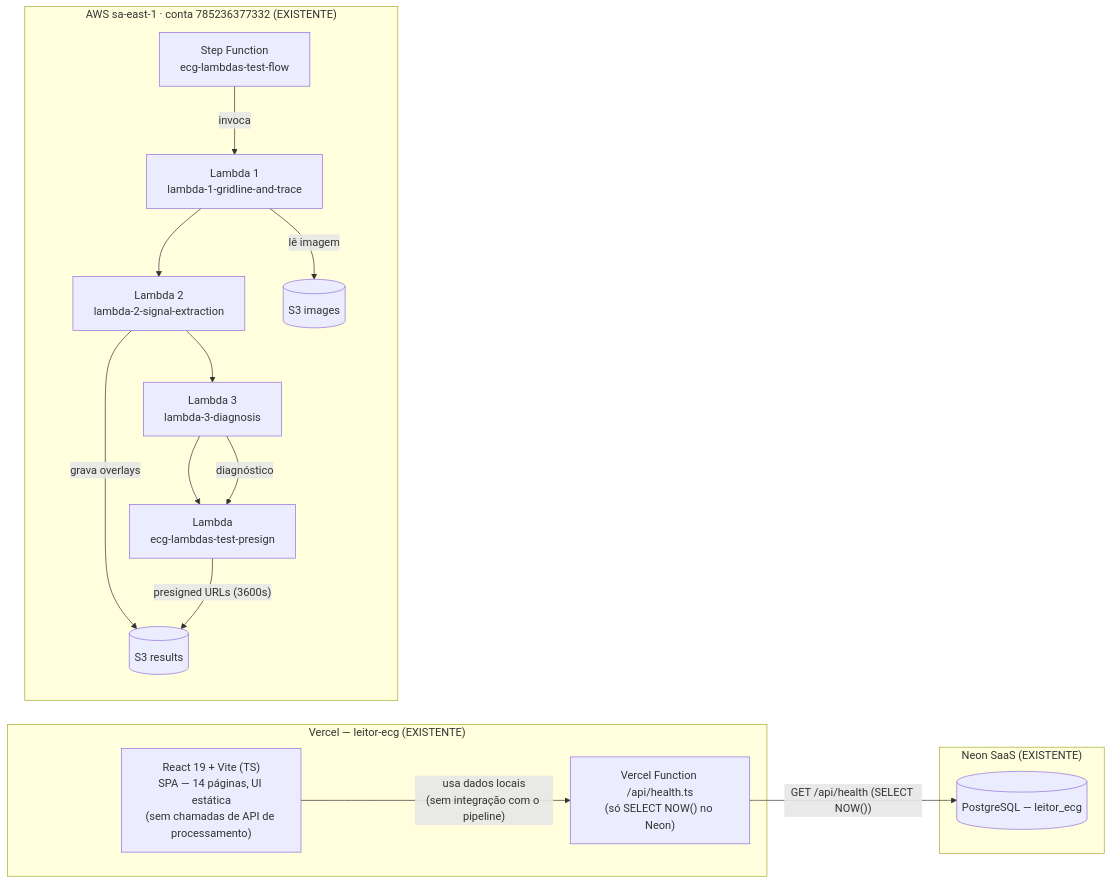
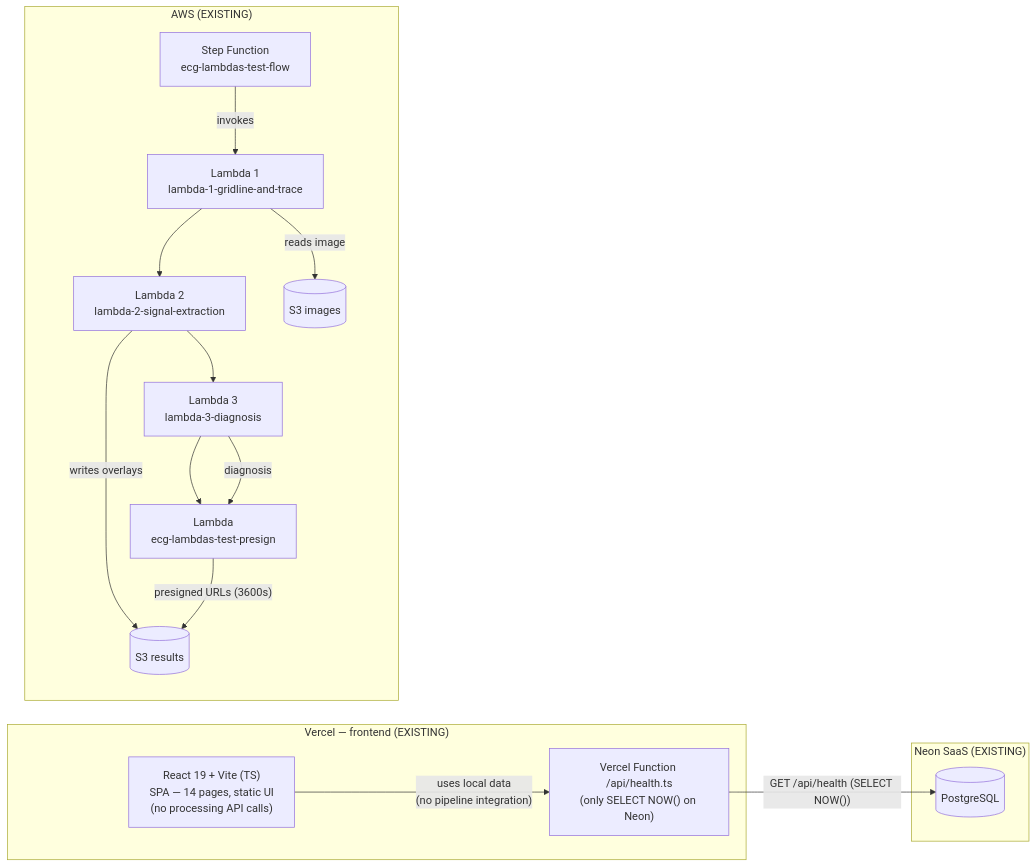
One commit to trustedlake/ecg-reader changed the first of 5 diagrams in apps/web/docs/architecture.md. Above: the diagram before and after it, drawn with Mermaid. The commit also changed other lines of this file and 51 other files, not shown here.

````diff
--- a/apps/web/docs/architecture.md
+++ b/apps/web/docs/architecture.md
@@ -44,33 +43,33 @@
 ```mermaid
 flowchart LR
-    subgraph VERCEL["Vercel — leitor-ecg (EXISTENTE)"]
-        FE["React 19 + Vite (TS)<br/>SPA — 14 páginas, UI estática<br/>(sem chamadas de API de processamento)"]
-        FHEALTH["Vercel Function /api/health.ts<br/>(só SELECT NOW() no Neon)"]
+    subgraph VERCEL["Vercel — frontend (EXISTING)"]
+        FE["React 19 + Vite (TS)<br/>SPA — 14 pages, static UI<br/>(no processing API calls)"]
+        FHEALTH["Vercel Function /api/health.ts<br/>(only SELECT NOW() on Neon)"]
     end
 
-    subgraph NEON["Neon SaaS (EXISTENTE)"]
-        DB[("PostgreSQL — leitor_ecg")]
+    subgraph NEON["Neon SaaS (EXISTING)"]
+        DB[("PostgreSQL")]
     end
 
-    subgraph AWS["AWS sa-east-1 · conta 785236377332 (EXISTENTE)"]
+    subgraph AWS["AWS (EXISTING)"]
         SFN["Step Function<br/>ecg-lambdas-test-flow"]
         L1["Lambda 1<br/>lambda-1-gridline-and-trace"]
         L2["Lambda 2<br/>lambda-2-signal-extraction"]
         L3["Lambda 3<br/>lambda-3-diagnosis"]
         LP["Lambda<br/>ecg-lambdas-test-presign"]
         B1[("S3 images")]
         B2[("S3 results")]
     end
 
-    FE -->|"usa dados locais<br/>(sem integração com o pipeline)"| FHEALTH
+    FE -->|"uses local data<br/>(no pipeline integration)"| FHEALTH
     FHEALTH -->|"GET /api/health (SELECT NOW())"| DB
 
-    SFN -->|"invoca"| L1
+    SFN -->|"invokes"| L1
     L1 --> L2
     L2 --> L3
     L3 --> LP
-    L1 -->|"lê imagem"| B1
-    L2 -->|"grava overlays"| B2
-    L3 -->|"diagnóstico"| LP
+    L1 -->|"reads image"| B1
+    L2 -->|"writes overlays"| B2
+    L3 -->|"diagnosis"| LP
     LP -->|"presigned URLs (3600s)"| B2
 ```
````
